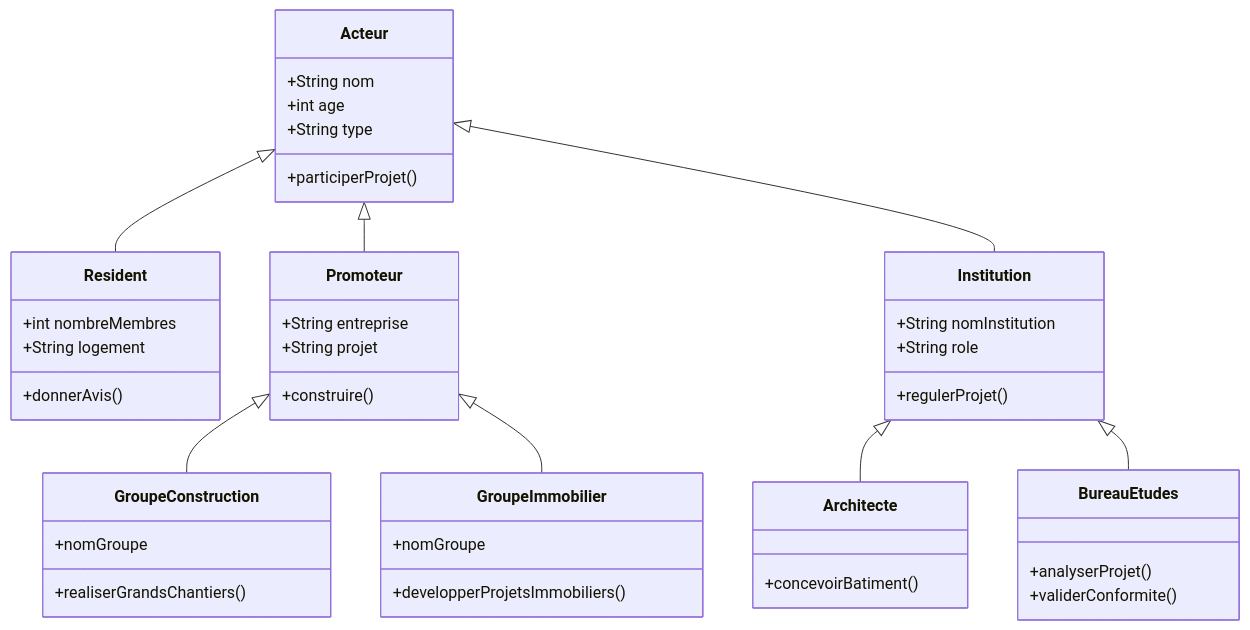
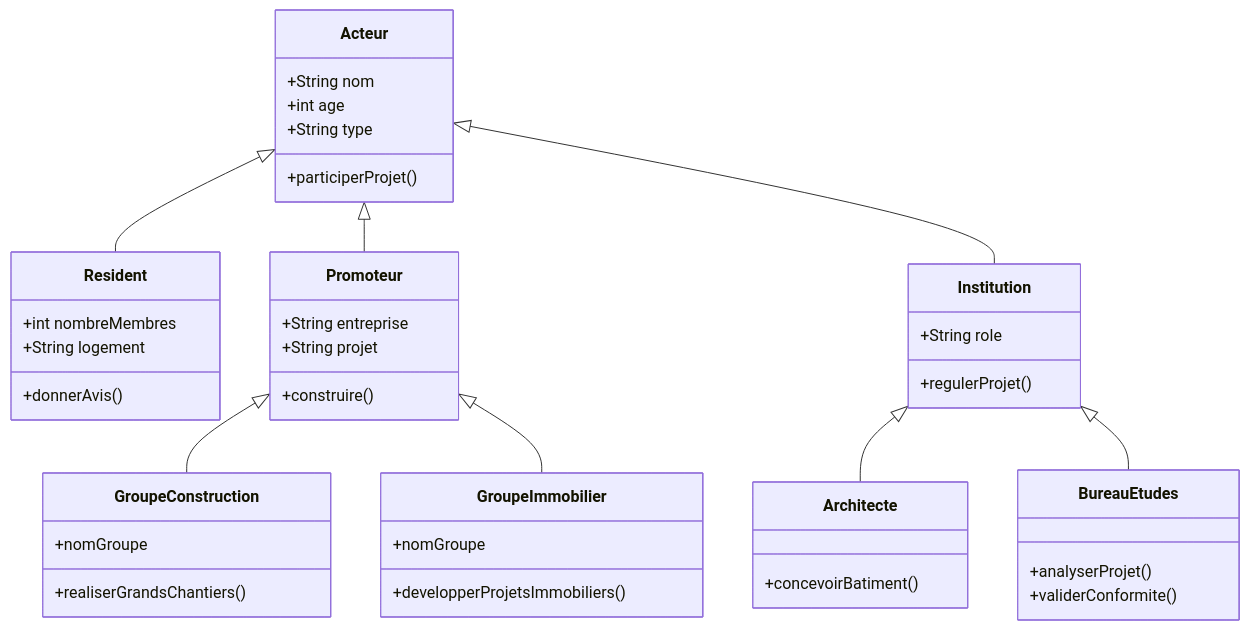
One commit to kahiarchi/plaine---saint--Denis---batiment- changed the diagram in acteursTGY95.md. Above: the diagram before and after it, drawn with Mermaid.

````diff
--- a/acteursTGY95.md
+++ b/acteursTGY95.md
@@ -1,65 +1,64 @@
 ```mermaid
 
 classDiagram
        
        class Acteur {
            +String nom
            +int age
            +String type
            +participerProjet()
        }
 
     
        Acteur <|-- Resident
        Acteur <|-- Promoteur
        Acteur <|-- Institution
 
        class Resident {
            +int nombreMembres
            +String logement
            +donnerAvis()
        }
 
      
        class Promoteur {
            +String entreprise
            +String projet
            +construire()
        }
 
       
        Promoteur <|-- GroupeConstruction
        Promoteur <|-- GroupeImmobilier
 
        class GroupeConstruction {
            +nomGroupe
            +realiserGrandsChantiers()
        }
 
        class GroupeImmobilier {
            +nomGroupe
            +developperProjetsImmobiliers()
        }
 
     
        class Institution {
-           +String nomInstitution
            +String role
            +regulerProjet()
        }
 
       
        Institution <|-- Architecte
        Institution <|-- BureauEtudes
 
        class Architecte {
            +concevoirBatiment()
        }
 
        class BureauEtudes {
            +analyserProjet()
            +validerConformite()
        }
 
 
 ```
````
